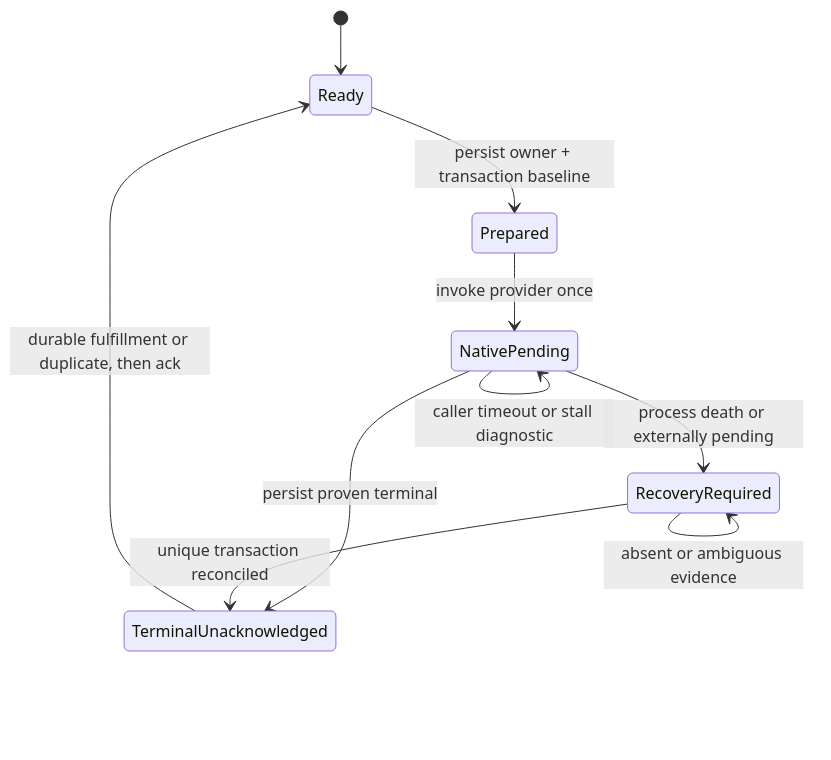
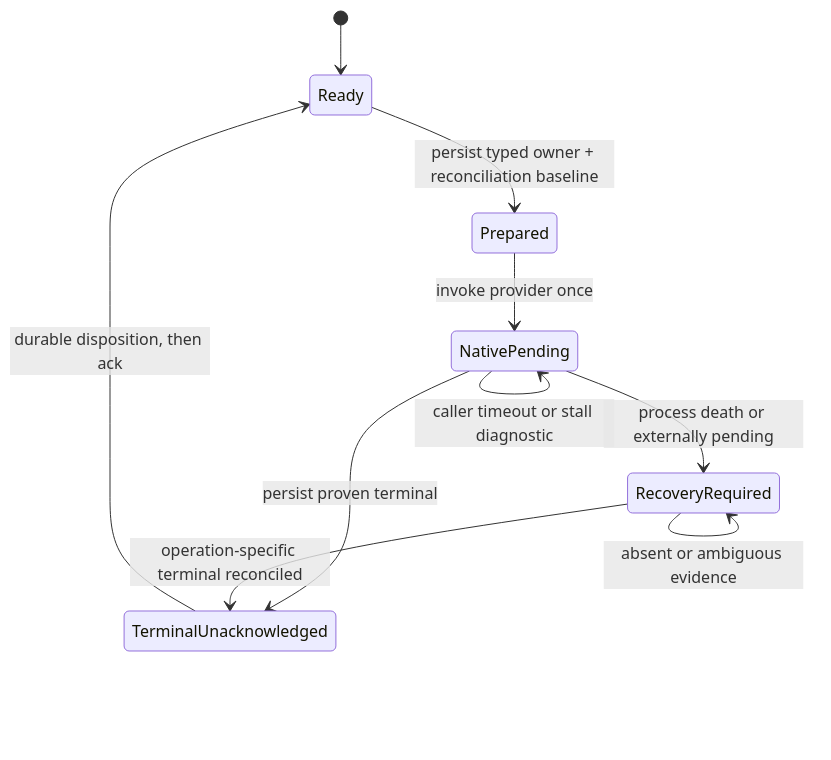
Before and after one commit to batu/fabrikav2: the first of 2 diagrams in docs/plans/2026-07-10-001-fix-iap-purchase-settlement-serialization-plan.md, drawn with Mermaid. The commit also changed other lines of this file, not shown here.

First line of the commit message:
docs(iap): make restore ownership crash-durable

````diff
--- a/docs/plans/2026-07-10-001-fix-iap-purchase-settlement-serialization-plan.md
+++ b/docs/plans/2026-07-10-001-fix-iap-purchase-settlement-serialization-plan.md
@@ -174,12 +187,12 @@
 ```mermaid
 stateDiagram-v2
   [*] --> Ready
-  Ready --> Prepared: persist owner + transaction baseline
+  Ready --> Prepared: persist typed owner + reconciliation baseline
   Prepared --> NativePending: invoke provider once
   NativePending --> NativePending: caller timeout or stall diagnostic
   NativePending --> TerminalUnacknowledged: persist proven terminal
   NativePending --> RecoveryRequired: process death or externally pending
-  RecoveryRequired --> TerminalUnacknowledged: unique transaction reconciled
+  RecoveryRequired --> TerminalUnacknowledged: operation-specific terminal reconciled
   RecoveryRequired --> RecoveryRequired: absent or ambiguous evidence
-  TerminalUnacknowledged --> Ready: durable fulfillment or duplicate, then ack
+  TerminalUnacknowledged --> Ready: durable disposition, then ack
 ```
````
